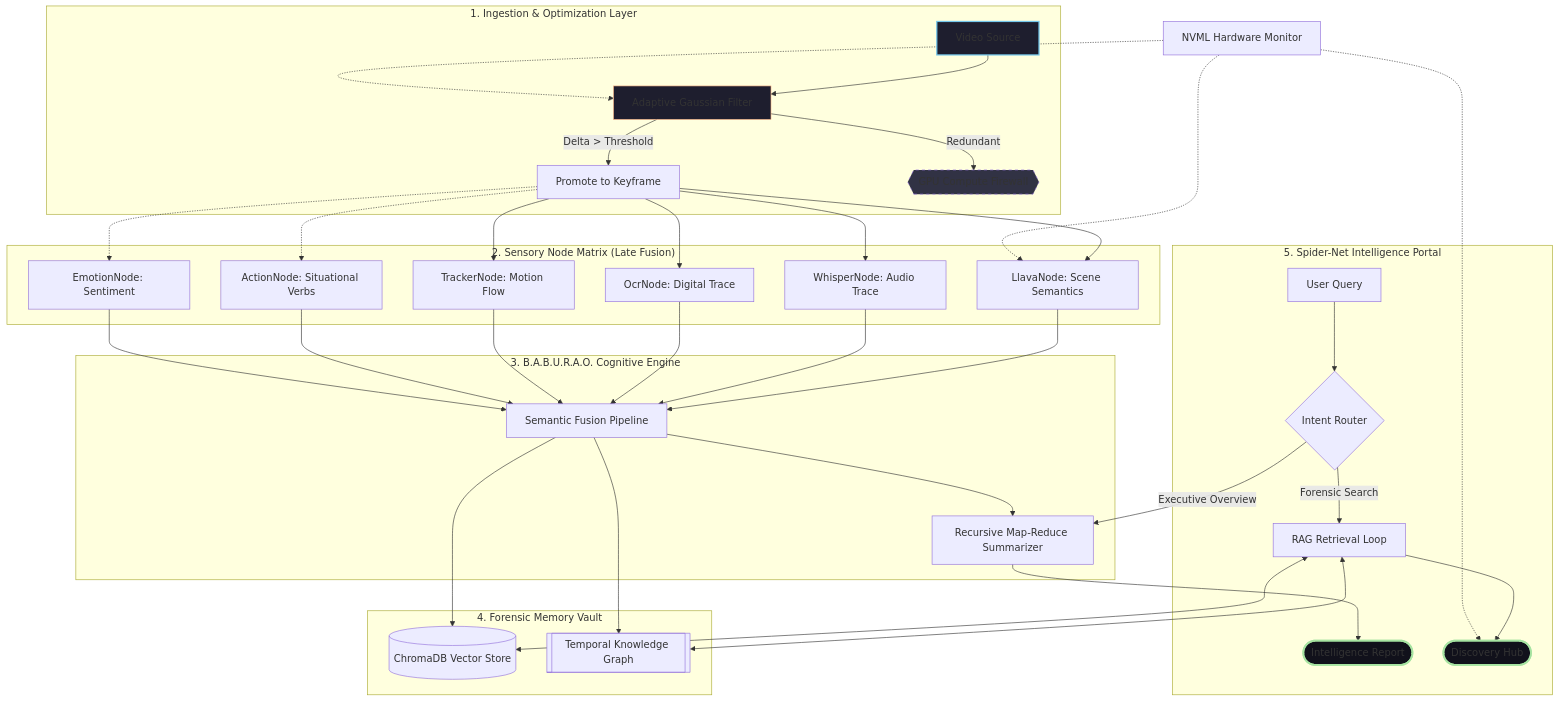
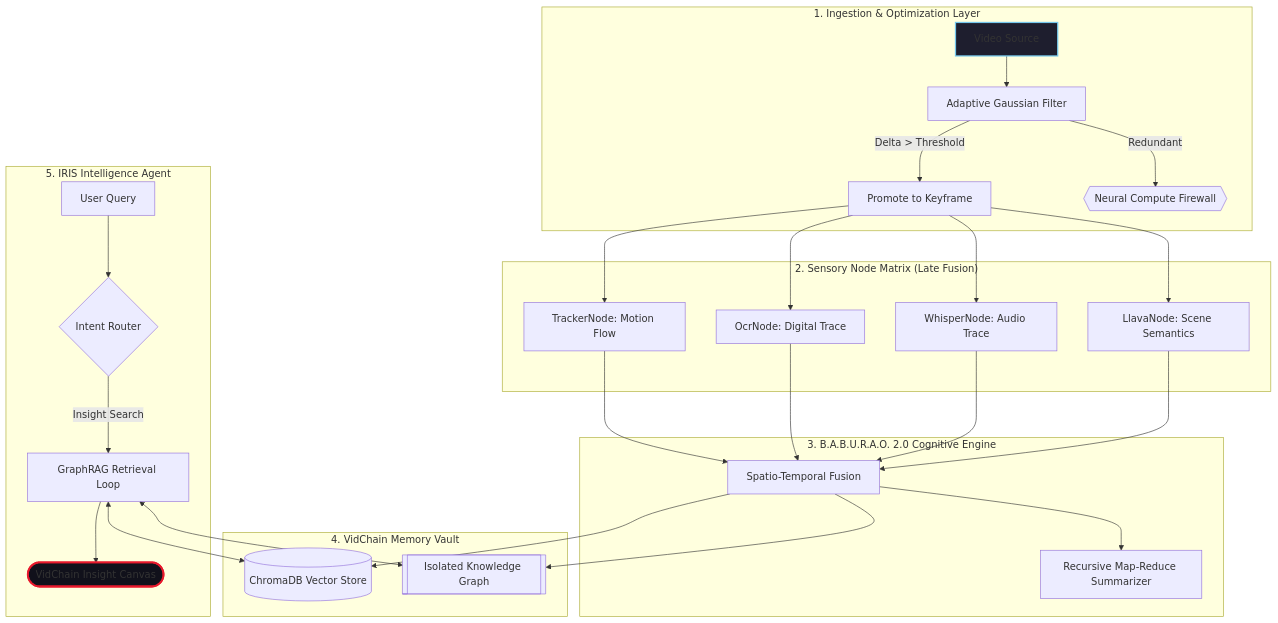
The diagram in README.md (rahulsiiitm/videochain-python), drawn with Mermaid before and after one commit. The commit also changed other lines of this file and 47 other files, not shown here.

Commit message:
v0.9.0-Final: The Insight Release (IRIS Agent, Media Gateway, Neural Isolation)

````diff
--- a/README.md
+++ b/README.md
@@ -14,55 +14,41 @@
 ```mermaid
 graph TD
     %% --- Ingestion Stage ---
     subgraph "1. Ingestion & Optimization Layer"
         VS[Video Source] --> AK[Adaptive Gaussian Filter]
         AK -- "Delta > Threshold" --> PK[Promote to Keyframe]
-        AK -- "Redundant" --> DROP{{GPU Compute Firewall}}
+        AK -- "Redundant" --> DROP{{Neural Compute Firewall}}
     end
 
     %% --- Inference Stage ---
     subgraph "2. Sensory Node Matrix (Late Fusion)"
         PK --> VLM[LlavaNode: Scene Semantics]
         PK --> ASR[WhisperNode: Audio Trace]
         PK --> OCR[OcrNode: Digital Trace]
         PK --> TRK[TrackerNode: Motion Flow]
-        
-        %% Optional Sensors
-        PK -.-> ACT[ActionNode: Situational Verbs]
-        PK -.-> EMT[EmotionNode: Sentiment]
     end
 
     %% --- Intelligence Logic ---
-    subgraph "3. B.A.B.U.R.A.O. Cognitive Engine"
-        VLM & ASR & OCR & TRK & ACT & EMT --> FUSE[Semantic Fusion Pipeline]
+    subgraph "3. B.A.B.U.R.A.O. 2.0 Cognitive Engine"
+        VLM & ASR & OCR & TRK --> FUSE[Spatio-Temporal Fusion]
         FUSE --> RDN[Recursive Map-Reduce Summarizer]
     end
 
     %% --- Persistence ---
-    subgraph "4. Forensic Memory Vault"
+    subgraph "4. VidChain Memory Vault"
         FUSE --> KV[(ChromaDB Vector Store)]
-        FUSE --> KG[[Temporal Knowledge Graph]]
+        FUSE --> KG[[Isolated Knowledge Graph]]
     end
 
     %% --- Interaction Stage ---
-    subgraph "5. Spider-Net Intelligence Portal"
+    subgraph "5. IRIS Intelligence Agent"
         USER[User Query] --> IR{Intent Router}
-        IR -- "Forensic Search" --> RAG[RAG Retrieval Loop]
-        IR -- "Executive Overview" --> RDN
+        IR -- "Insight Search" --> RAG[GraphRAG Retrieval Loop]
         RAG <--> KV
         RAG <--> KG
-        RDN --> REPORT([Intelligence Report])
-        RAG --> DISCOVERY([Discovery Hub])
+        RAG --> DISCOVERY([VidChain Insight Canvas])
     end
 
-    %% --- Hardware Loop ---
-    HM[NVML Hardware Monitor] -.-> AK
-    HM -.-> VLM
-    HM -.-> DISCOVERY
-
     style VS fill:#1e1e2e,stroke:#74c7ec,stroke-width:2px;
-    style DISCOVERY fill:#11111b,stroke:#a6e3a1,stroke-width:3px;
-    style REPORT fill:#11111b,stroke:#a6e3a1,stroke-width:3px;
-    style DROP fill:#313244,stroke-dasharray: 5 5;
-    style AK fill:#1e1e2e,stroke:#fab387;
+    style DISCOVERY fill:#11111b,stroke:#e8192c,stroke-width:3px;
 ```
````
